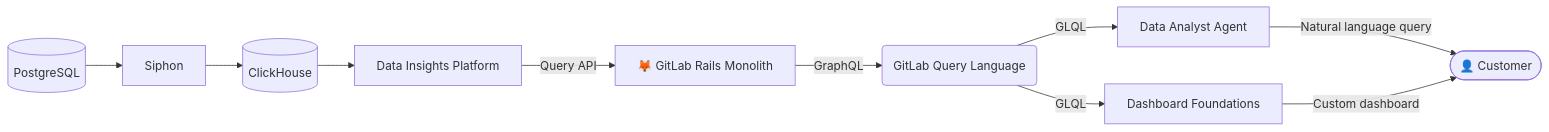
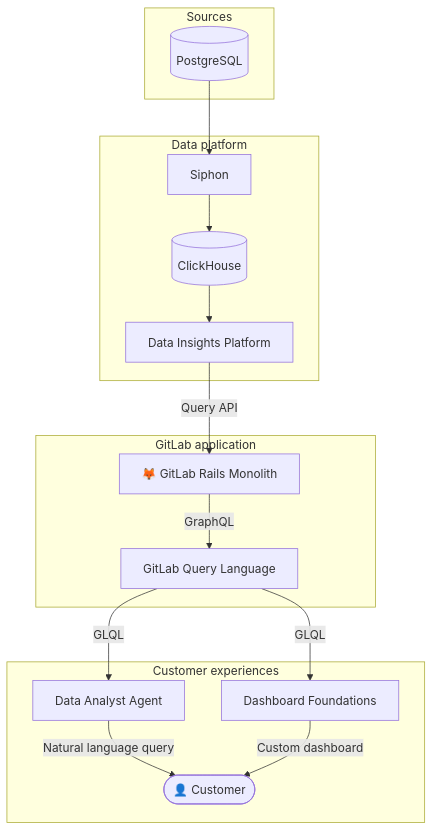
One commit to kyama0/gitlab-handbook-ja changed the diagram in content/handbook/engineering/data-engineering/analytics/platform-insights.md. Above: the diagram before and after it, drawn with Mermaid. The commit also changed other lines of this file and 31 other files, not shown here.

````diff
--- a/content/handbook/engineering/data-engineering/analytics/platform-insights.md
+++ b/content/handbook/engineering/data-engineering/analytics/platform-insights.md
@@ -30,22 +30,33 @@
 ```mermaid
-graph LR
-    PG[(PostgreSQL)]
-    CH[(ClickHouse)]
-    S[Siphon]
-    DIP[Data Insights Platform]
-    RAILS[🦊 GitLab Rails Monolith]
-    GLQL(GitLab Query Language)
-    DAA[Data Analyst Agent]
-    DF[Dashboard Foundations]
-    USER([👤 Customer])
+graph TD
+    subgraph Sources
+        PG[(PostgreSQL)]
+    end
+
+    subgraph Data platform
+        S[Siphon]
+        CH[(ClickHouse)]
+        DIP[Data Insights Platform]
+    end
+
+    subgraph GitLab application
+        RAILS[🦊 GitLab Rails Monolith]
+        GLQL[GitLab Query Language]
+    end
+
+    subgraph Customer experiences
+        DAA[Data Analyst Agent]
+        DF[Dashboard Foundations]
+        USER([👤 Customer])
+    end
 
     PG --> S
     S --> CH
     CH --> DIP
     DIP -->|Query API| RAILS
     RAILS -->|GraphQL| GLQL
     GLQL -->|GLQL| DAA
     GLQL -->|GLQL| DF
     DAA -->|Natural language query| USER
     DF -->|Custom dashboard| USER
 ```
````
